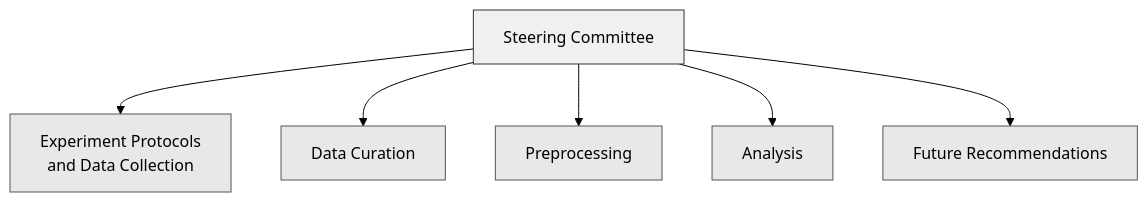
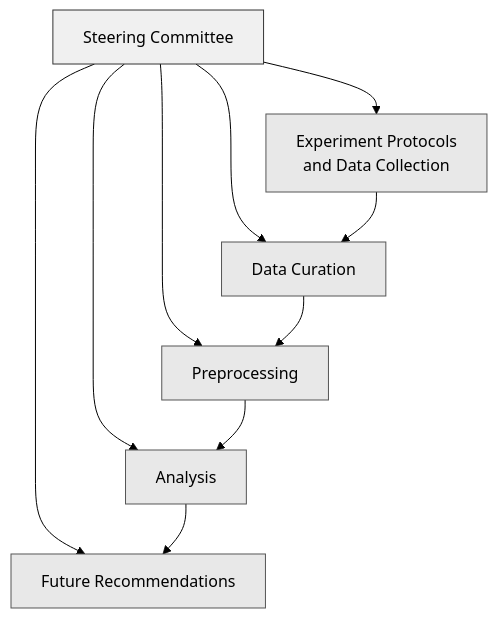
One commit to JuliusWelzel/eegmanysteps changed the diagram in index.qmd. Above: the diagram before and after it, drawn with Mermaid (forest theme). The commit also changed other lines of this file and 9 other files, not shown here.

````diff
--- a/index.qmd
+++ b/index.qmd
@@ -78,23 +78,28 @@
 ```{mermaid}
 graph TD
     style A fill:#F0F0F0,stroke:#333,stroke-width:1px,corner-radius:5px
     style B1 fill:#E8E8E8,stroke:#555,stroke-width:1px,corner-radius:5px
     style B2 fill:#E8E8E8,stroke:#555,stroke-width:1px,corner-radius:5px
     style B3 fill:#E8E8E8,stroke:#555,stroke-width:1px,corner-radius:5px
     style B4 fill:#E8E8E8,stroke:#555,stroke-width:1px,corner-radius:5px
     style B5 fill:#E8E8E8,stroke:#555,stroke-width:1px,corner-radius:5px
 
     A[Steering Committee]
     B1[Experiment Protocols<br>and Data Collection]
     B2[Data Curation]
     B3[Preprocessing]
     B4[Analysis]
     B5[Future Recommendations]
 
     A --> B1
     A --> B2
     A --> B3
     A --> B4
     A --> B5
+    B1 --> B2
+    B2 --> B3
+    B3 --> B4
+    B4 --> B5
+    
 
 ```
````
